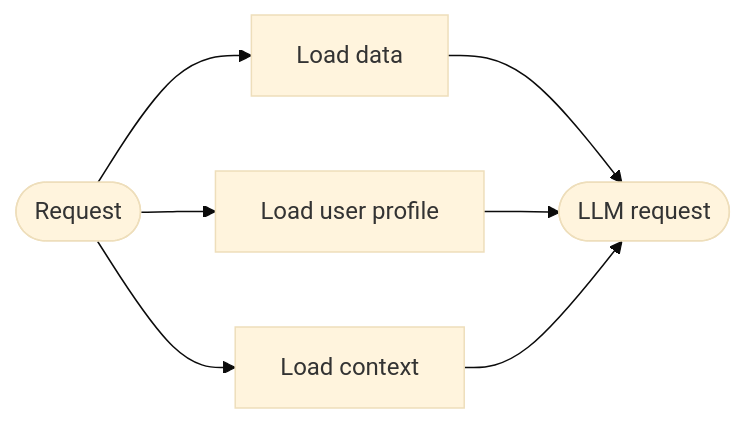
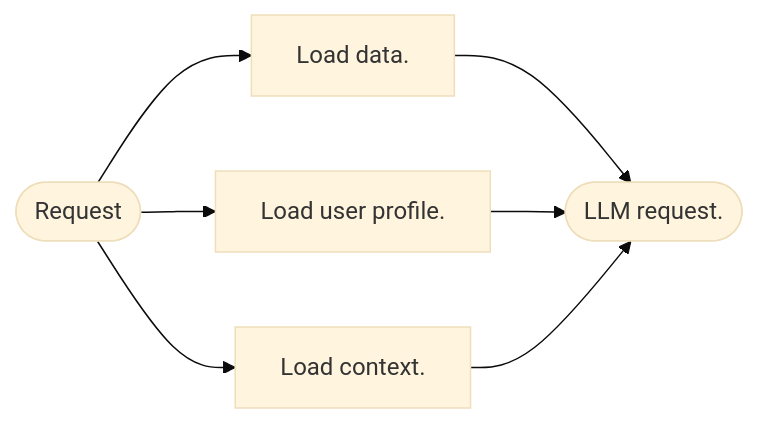
The third of 5 diagrams in site/content/_index.md (g4s8/gdf-am-2025), drawn with Mermaid (base theme) before and after one commit. The commit also changed other lines of this file, not shown here.

```diff
--- a/site/content/_index.md
+++ b/site/content/_index.md
@@ -186,13 +186,13 @@
 {{< mermaid >}}
 graph LR
-    A(["Request"])
-    E(["LLM request"])
+    A(["Request "])
+    E(["LLM request. "])
 
-    A --> B["Load data"]
-    A --> C["Load user profile"]
-    A --> D["Load context"]
+    A --> B["Load data. "]
+    A --> C["Load user profile. "]
+    A --> D["Load context. "]
 
     B --> E
     C --> E
     D --> E
 {{< /mermaid >}}
```
